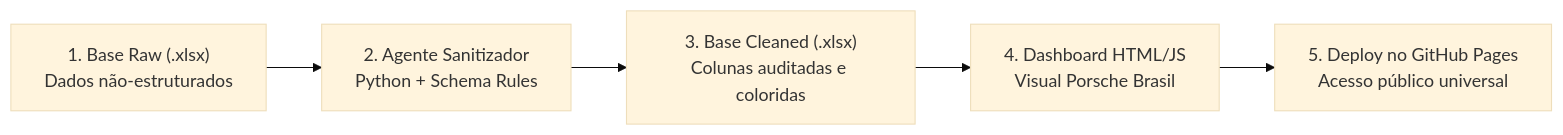
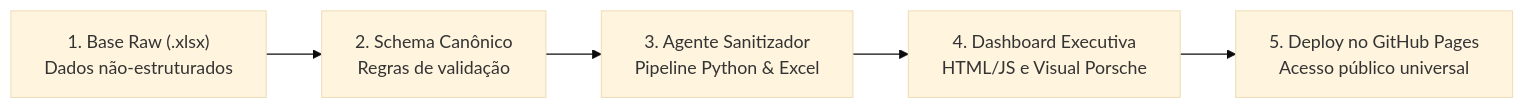
Before and after one commit to giovanycesar/porsche-sales-dashboard: the diagram in README.md, drawn with Mermaid (base theme). The commit also changed other lines of this file, not shown here.

````diff
--- a/README.md
+++ b/README.md
@@ -44,7 +44,7 @@
 ```mermaid
 flowchart LR
-    A["1. Base Raw (.xlsx)<br>Dados não-estruturados"] --> B["2. Agente Sanitizador<br>Python + Schema Rules"]
-    B --> C["3. Base Cleaned (.xlsx)<br>Colunas auditadas e coloridas"]
-    C --> D["4. Dashboard HTML/JS<br>Visual Porsche Brasil"]
+    A["1. Base Raw (.xlsx)<br>Dados não-estruturados"] --> B["2. Schema Canônico<br>Regras de validação"]
+    B --> C["3. Agente Sanitizador<br>Pipeline Python & Excel"]
+    C --> D["4. Dashboard Executiva<br>HTML/JS e Visual Porsche"]
     D --> E["5. Deploy no GitHub Pages<br>Acesso público universal"]
 ```
````
